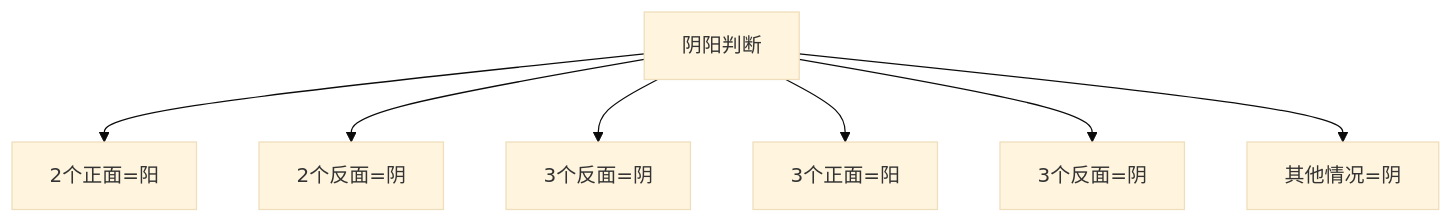
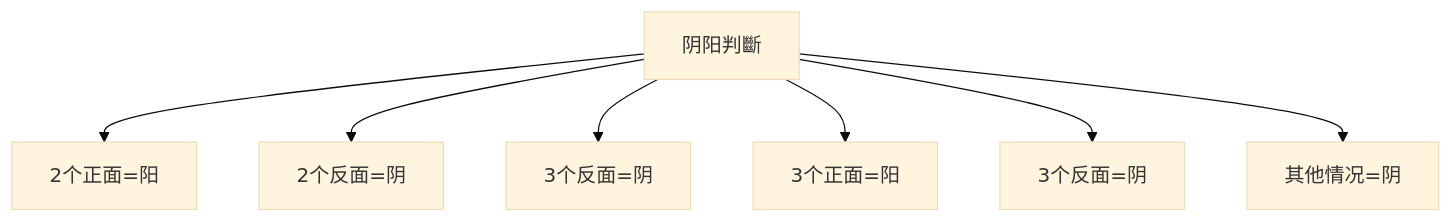
One commit to kmjade/knowledge-value changed the fifth of 9 diagrams in 3 Resources/04-Interests/易学/03-占卜方法/铜钱卦法.md. Above: the diagram before and after it, drawn with Mermaid (base theme). The commit also changed other lines of this file and 653 other files, not shown here.

````diff
--- a/3 Resources/04-Interests/易学/03-占卜方法/铜钱卦法.md
+++ b/3 Resources/04-Interests/易学/03-占卜方法/铜钱卦法.md
@@ -151,9 +151,9 @@
 ```mermaid
 graph TB
-    A[阴阳判断] --> B[2个正面=阳]
+    A[阴阳判斷] --> B[2个正面=阳]
     A --> C[2个反面=阴]
     A --> D[3个反面=阴]
     A --> E[3个正面=阳]
     A --> F[3个反面=阴]
     A --> G[其他情况=阴]
 ```
````
